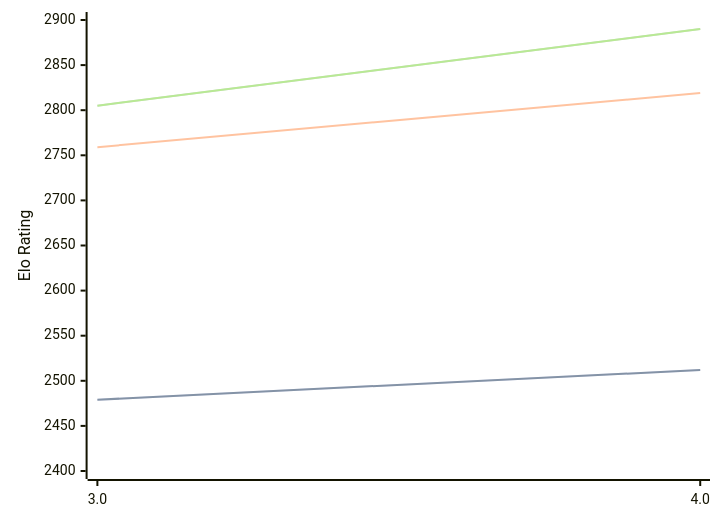
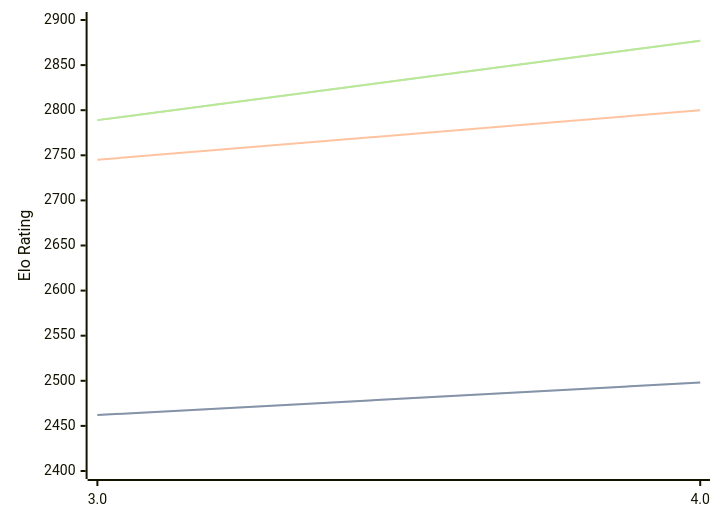
The diagram in engines/Chess3.md (computer-chess-index/cci), drawn with Mermaid before and after one commit. The commit also changed other lines of this file, not shown here.

Commit message:
Update CCI Ratings (ELO VLTC) - 2026-05-20

````diff
--- a/engines/Chess3.md
+++ b/engines/Chess3.md
@@ -34,11 +34,11 @@
 ```mermaid
 %%{init: {"theme":"base","themeVariables":{"seriesColors:['#a3a3a3','#222221','#faa371']}}}%%
 xychart-beta
   x-axis ["3.0", "4.0"]
   y-axis "Elo Rating" 2400 --> 2900
-  line "STC (8.0+0.08s)" [2479, 2512]
-  line "STC (8.0+0.08s)" [2479, 2512]
-  line "LTC (60.0+0.60s)" [2759, 2819]
-  line "VLTC (2m24s+1.12s)" [2805, 2890]
-  line "VLTC (2m24s+1.12s)" [2805, 2890]
+  line "STC (8.0+0.08s)" [2462, 2498]
+  line "STC (8.0+0.08s)" [2462, 2498]
+  line "LTC (60.0+0.60s)" [2745, 2800]
+  line "VLTC (2m24s+1.12s)" [2789, 2877]
+  line "VLTC (2m24s+1.12s)" [2789, 2877]
 ```
````
